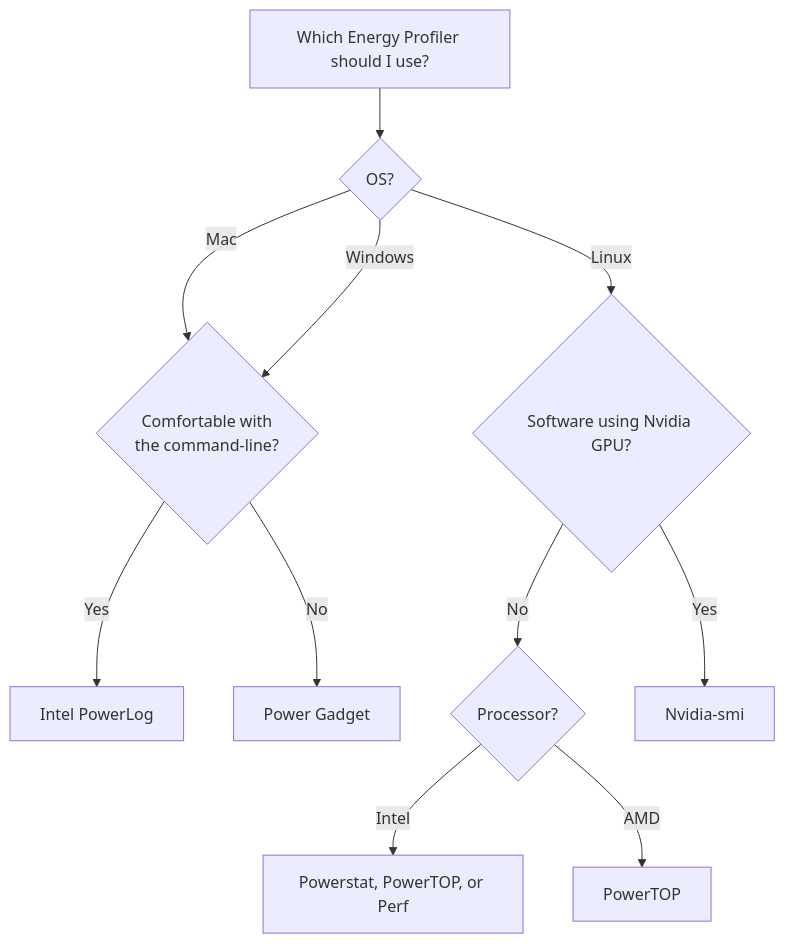
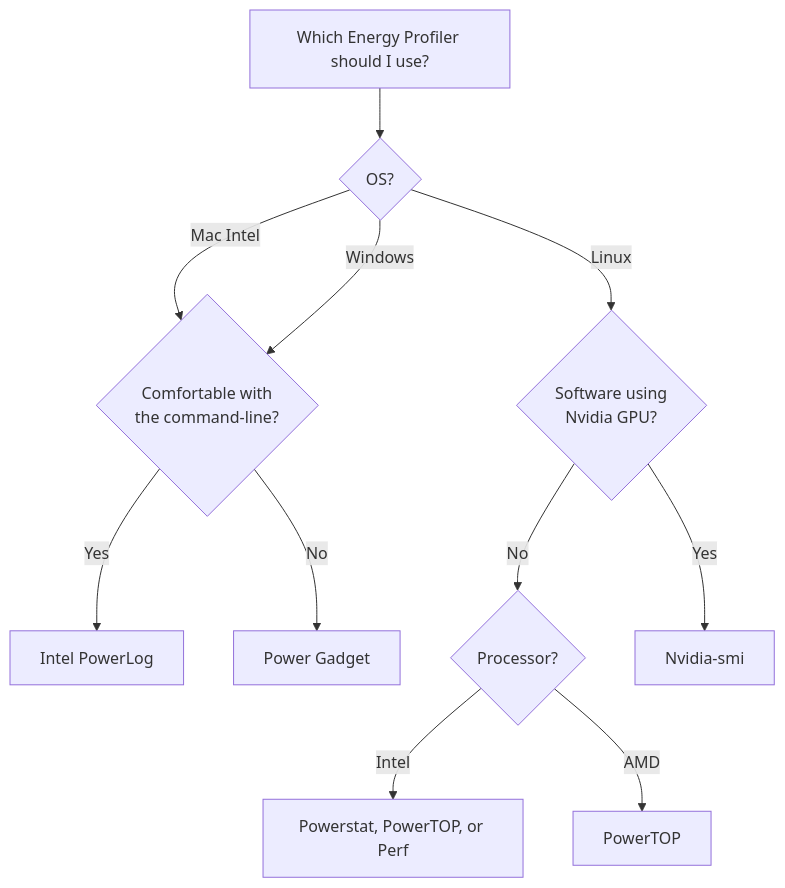
The diagram in _posts/2021-07-20-measuring-energy.md (luiscruz/luiscruz.github.io), drawn with Mermaid before and after one commit.

Commit message:
updated decision graph with intel mac

```diff
--- a/_posts/2021-07-20-measuring-energy.md
+++ b/_posts/2021-07-20-measuring-energy.md
@@ -356,13 +356,13 @@
 <div class="mermaid">
 graph TD
 A[Which Energy Profiler should I use?] --> C{OS?}
-C -->|Mac| D{Comfortable with<br/> the command-line?}
+C -->|Mac Intel| D{Comfortable with<br/> the command-line?}
 D -->|Yes| DY[Intel PowerLog]
 D -->|No| DN[Power Gadget]
-C -->|Linux| CA{Software using Nvidia GPU?}
+C -->|Linux| CA{Software using<br/> Nvidia GPU?}
 CA -->|No| E{Processor?}
 E -->|Intel| F[Powerstat, PowerTOP, or Perf]
 E -->|AMD| PowerTOP
 CA -->|Yes| Nvidia-smi
 C -->|Windows| D
 </div>
```
